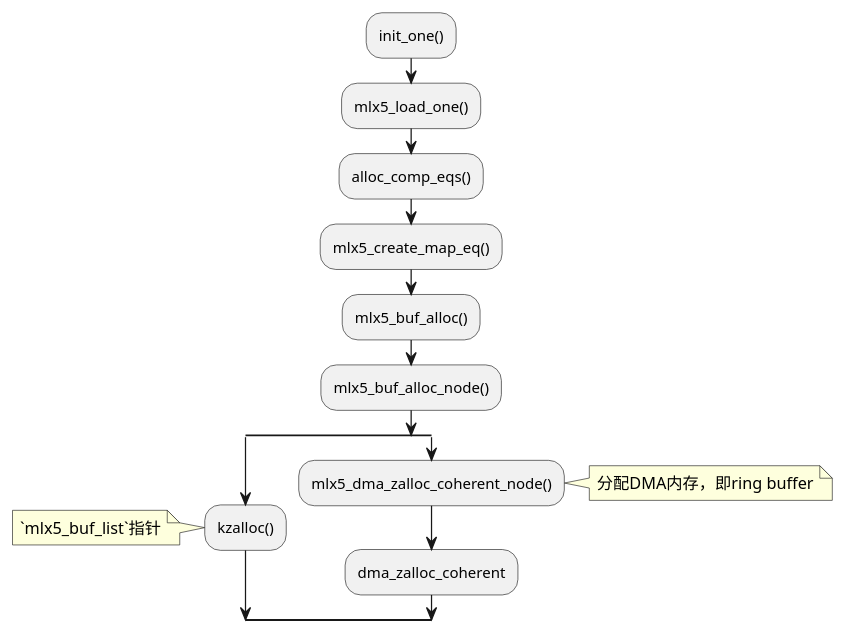
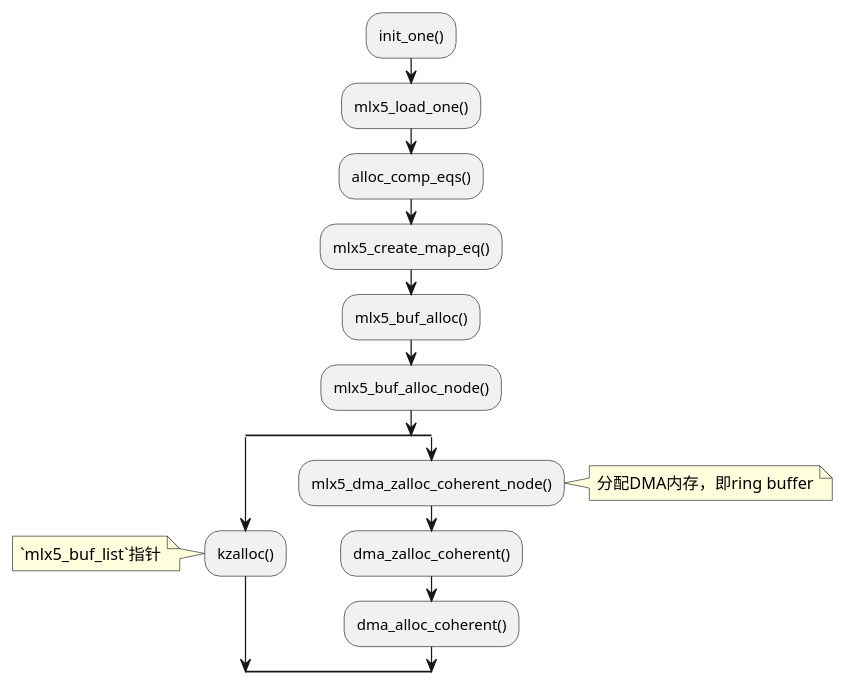
Before and after one commit to kangxiaoning/kangxiaoning.github.io: the second of 2 diagrams in docs/topics/time_squeeze_and_netdev_budget.md, drawn with PlantUML.

Commit message:
rebuilding site

````diff
--- a/docs/topics/time_squeeze_and_netdev_budget.md
+++ b/docs/topics/time_squeeze_and_netdev_budget.md
@@ -621,22 +621,23 @@
 ```plantuml
 @startuml
 :init_one();
 :mlx5_load_one();
 :alloc_comp_eqs();
 :mlx5_create_map_eq();
 :mlx5_buf_alloc();
 :mlx5_buf_alloc_node();
 split
  :kzalloc();
  note left
   `mlx5_buf_list`指针
  end note
 split again
  :mlx5_dma_zalloc_coherent_node();
  note right
   分配DMA内存，即ring buffer
  end note
- :dma_zalloc_coherent;
+ :dma_zalloc_coherent();
+ :dma_alloc_coherent();
 end split
 @enduml
 ```
````
